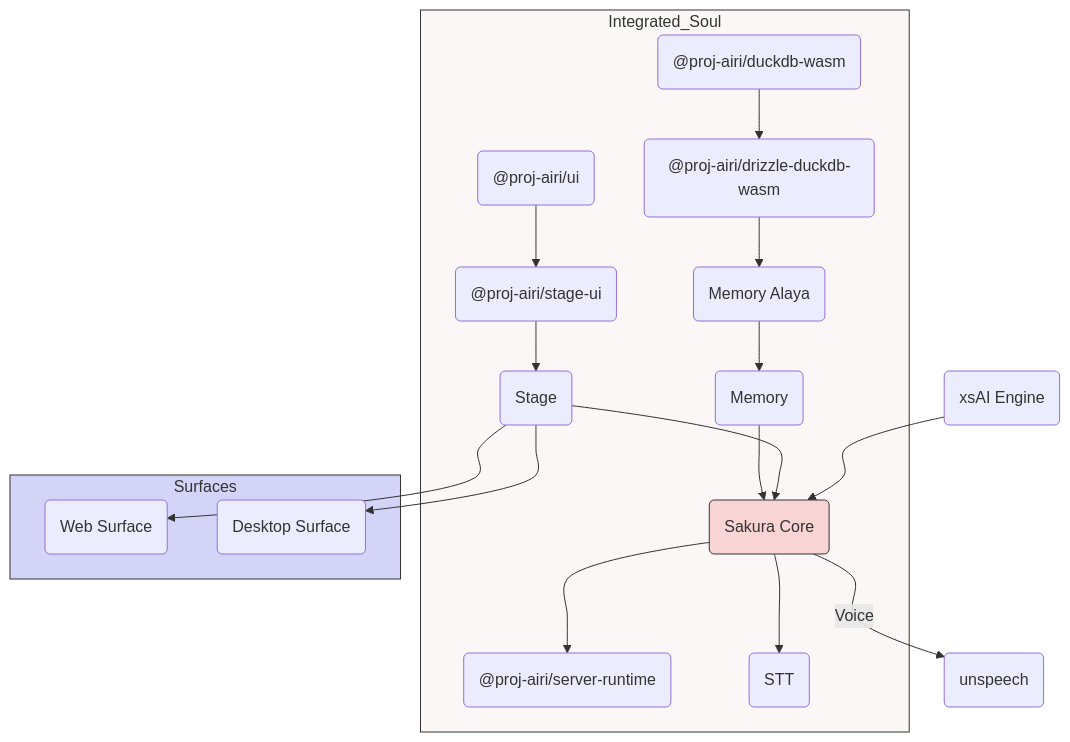
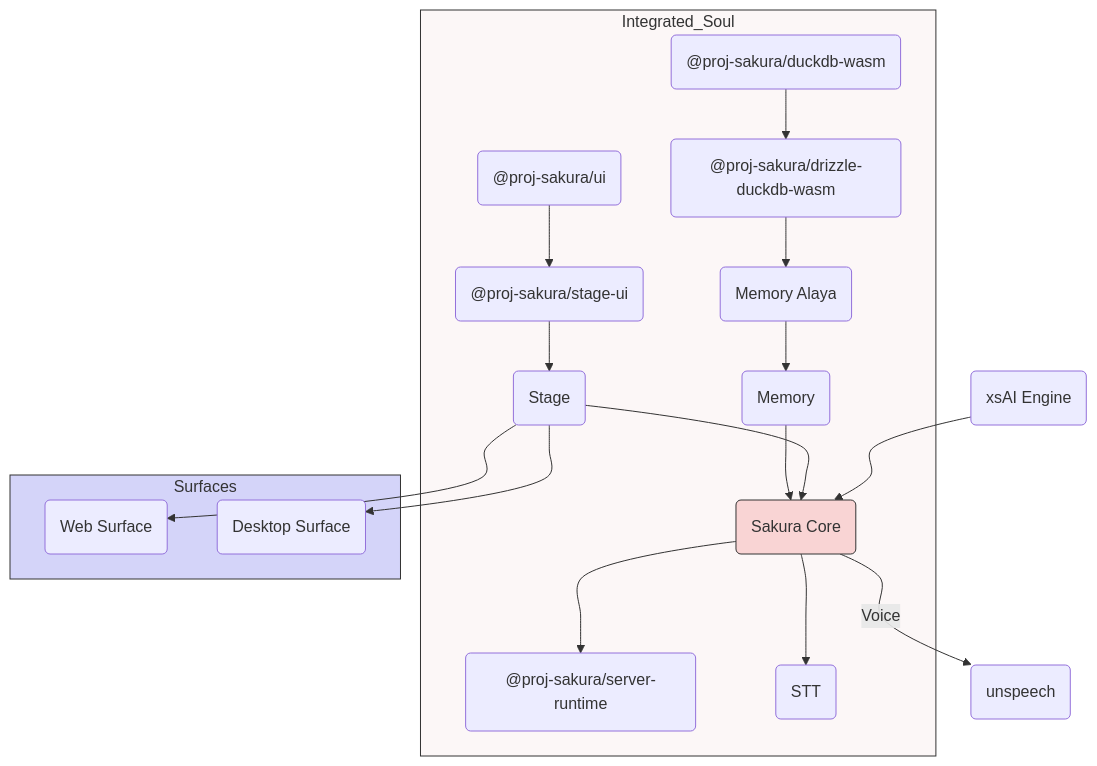
Before and after one commit to nukuldhake/Aitir: the diagram in README.md, drawn with Mermaid. The commit also changed other lines of this file and 41 other files, not shown here.

````diff
--- a/README.md
+++ b/README.md
@@ -73,35 +73,35 @@
 ```mermaid
 %%{ init: { 'flowchart': { 'curve': 'catmullRom' } } }%%
 
 flowchart TD
   Core("Sakura Core")
   Unspeech("unspeech")
-  DBDriver("@proj-airi/drizzle-duckdb-wasm")
+  DBDriver("@proj-sakura/drizzle-duckdb-wasm")
   MemoryDriver("Memory Alaya")
-  DB1("@proj-airi/duckdb-wasm")
-  SVRT("@proj-airi/server-runtime")
+  DB1("@proj-sakura/duckdb-wasm")
+  SVRT("@proj-sakura/server-runtime")
   Memory("Memory")
   STT("STT")
   Stage("Stage")
-  StageUI("@proj-airi/stage-ui")
-  UI("@proj-airi/ui")
+  StageUI("@proj-sakura/stage-ui")
+  UI("@proj-sakura/ui")
 
   subgraph Integrated_Soul
     DB1 --> DBDriver --> MemoryDriver --> Memory --> Core
     UI --> StageUI --> Stage --> Core
     Core --> STT
     Core --> SVRT
   end
 
   subgraph Surfaces
     Stage --> StageWeb("Web Surface")
     Stage --> StageTamagotchi("Desktop Surface")
   end
 
   XSAI("xsAI Engine") --> Core
   Core -->|Voice| Unspeech
 
   style Core fill:#f9d4d4,stroke:#333,stroke-width:1px
   style Integrated_Soul fill:#fcf7f7,stroke:#333,stroke-width:1px
   style Surfaces fill:#d4d4f9,stroke:#333,stroke-width:1px
 ```
````
